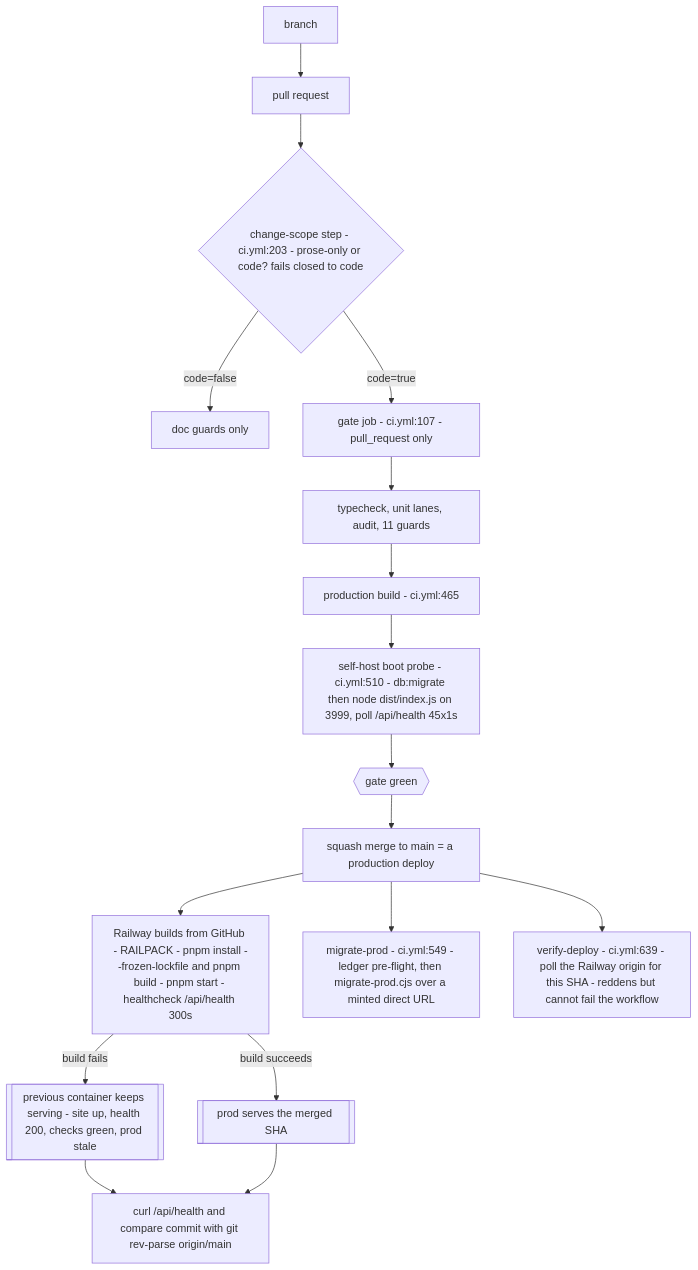
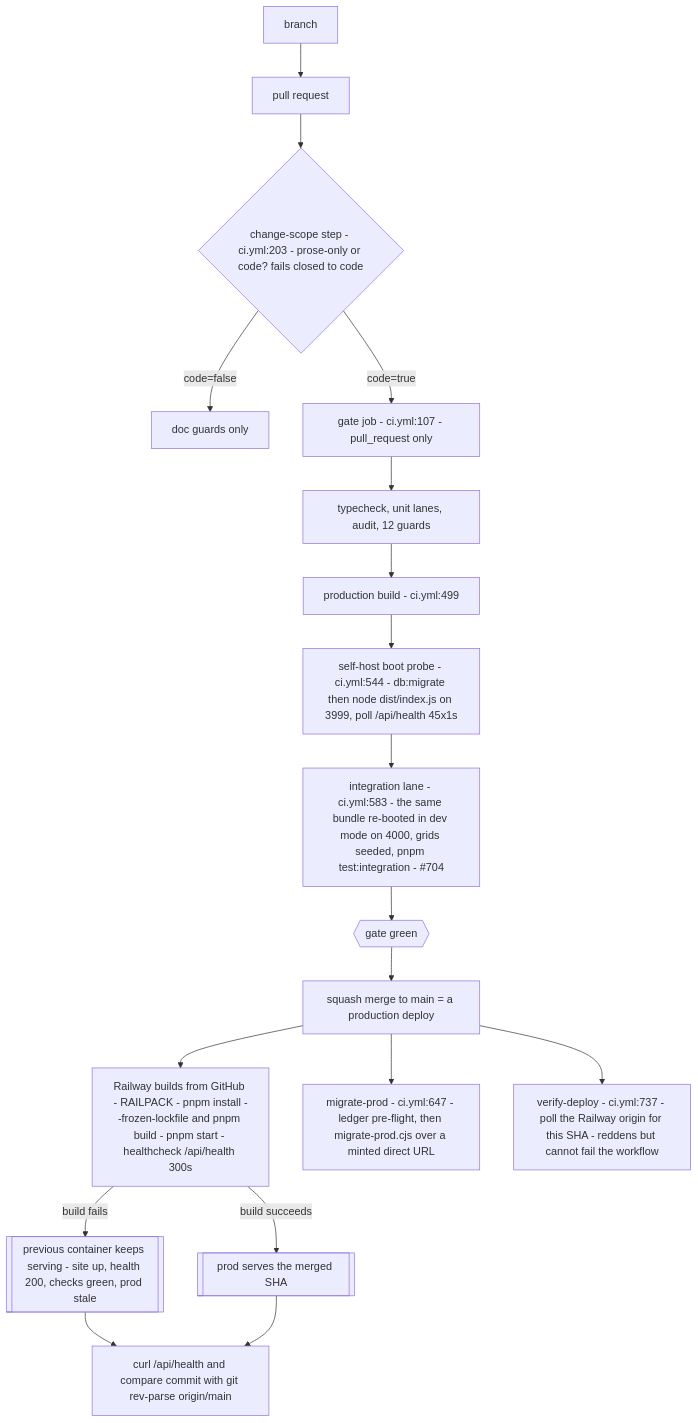
One commit to barakatammre84/Homiquity changed the diagram in knowledge-base/handoff/10-deploy-environments-migrations.md. Above: the diagram before and after it, drawn with Mermaid. The commit also changed other lines of this file and 30 other files, not shown here.

````diff
--- a/knowledge-base/handoff/10-deploy-environments-migrations.md
+++ b/knowledge-base/handoff/10-deploy-environments-migrations.md
@@ -47,19 +47,20 @@
 ```mermaid
 flowchart TD
   BR["branch"] --> PR["pull request"]
   PR --> SCOPE{"change-scope step - ci.yml:203 - prose-only or code? fails closed to code"}
   SCOPE -- "code=false" --> DOCG["doc guards only"]
   SCOPE -- "code=true" --> GATE["gate job - ci.yml:107 - pull_request only"]
-  GATE --> TC["typecheck, unit lanes, audit, 11 guards"]
-  TC --> BUILD["production build - ci.yml:465"]
-  BUILD --> BOOT["self-host boot probe - ci.yml:510 - db:migrate then node dist/index.js on 3999, poll /api/health 45x1s"]
-  BOOT --> GREEN{{"gate green"}}
+  GATE --> TC["typecheck, unit lanes, audit, 12 guards"]
+  TC --> BUILD["production build - ci.yml:499"]
+  BUILD --> BOOT["self-host boot probe - ci.yml:544 - db:migrate then node dist/index.js on 3999, poll /api/health 45x1s"]
+  BOOT --> INT["integration lane - ci.yml:583 - the same bundle re-booted in dev mode on 4000, grids seeded, pnpm test:integration - #704"]
+  INT --> GREEN{{"gate green"}}
   GREEN --> MERGE["squash merge to main = a production deploy"]
   MERGE --> RW["Railway builds from GitHub - RAILPACK - pnpm install --frozen-lockfile and pnpm build - pnpm start - healthcheck /api/health 300s"]
-  MERGE --> MIG["migrate-prod - ci.yml:549 - ledger pre-flight, then migrate-prod.cjs over a minted direct URL"]
-  MERGE --> VD["verify-deploy - ci.yml:639 - poll the Railway origin for this SHA - reddens but cannot fail the workflow"]
+  MERGE --> MIG["migrate-prod - ci.yml:647 - ledger pre-flight, then migrate-prod.cjs over a minted direct URL"]
+  MERGE --> VD["verify-deploy - ci.yml:737 - poll the Railway origin for this SHA - reddens but cannot fail the workflow"]
   RW -- "build fails" --> STALE[["previous container keeps serving - site up, health 200, checks green, prod stale"]]
   RW -- "build succeeds" --> LIVE[["prod serves the merged SHA"]]
   STALE --> PROOF["curl /api/health and compare commit with git rev-parse origin/main"]
   LIVE --> PROOF
 ```
````
